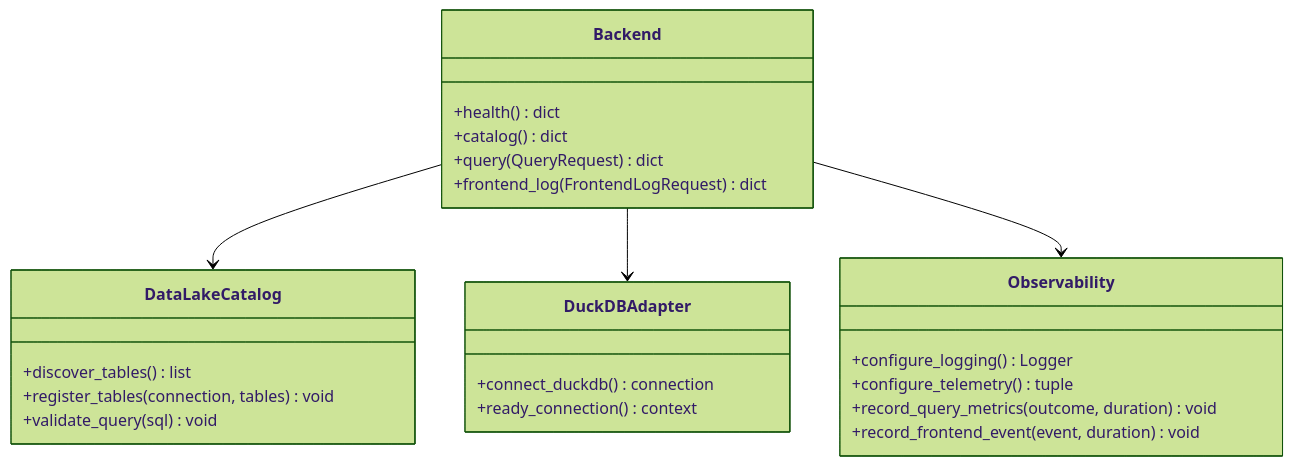
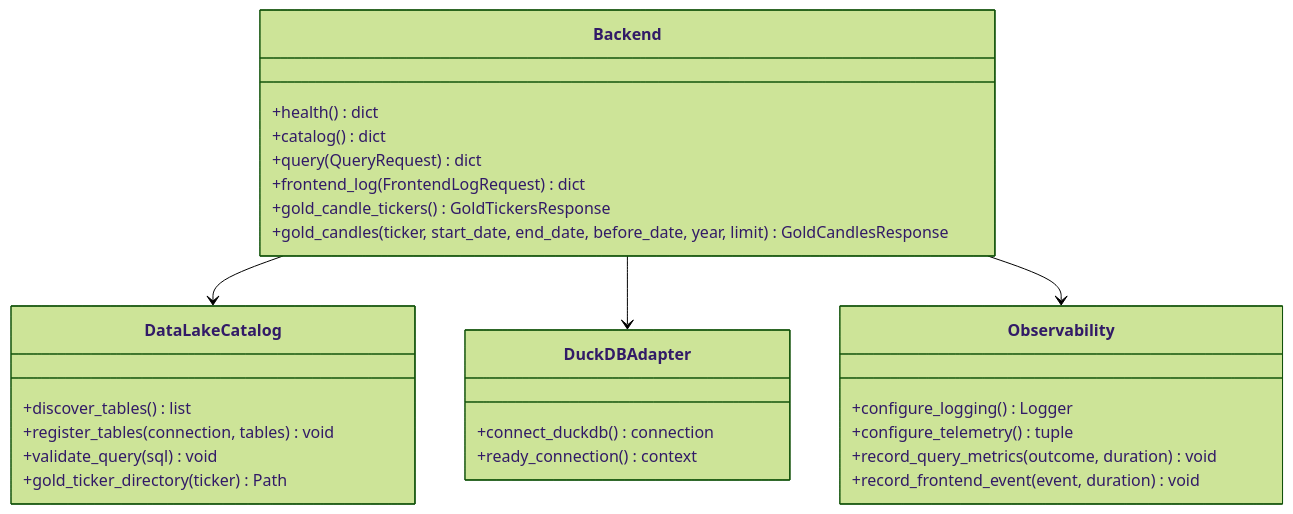
One commit to BiellBatista/Python.DataEngineering changed the second of 3 diagrams in B3-Web-App/docs/diagrama-classes.md. Above: the diagram before and after it, drawn with Mermaid (forest theme). The commit also changed other lines of this file and 25 other files, not shown here.

First line of the commit message:
feat: add Gold candles chart tab and rename app to Data Process

````diff
--- a/B3-Web-App/docs/diagrama-classes.md
+++ b/B3-Web-App/docs/diagrama-classes.md
@@ -38,27 +57,30 @@
 ```mermaid
 classDiagram
     class Backend {
         +health() dict
         +catalog() dict
         +query(QueryRequest) dict
         +frontend_log(FrontendLogRequest) dict
+        +gold_candle_tickers() GoldTickersResponse
+        +gold_candles(ticker, start_date, end_date, before_date, year, limit) GoldCandlesResponse
     }
     class DataLakeCatalog {
         +discover_tables() list
         +register_tables(connection, tables) void
         +validate_query(sql) void
+        +gold_ticker_directory(ticker) Path
     }
     class DuckDBAdapter {
         +connect_duckdb() connection
         +ready_connection() context
     }
     class Observability {
         +configure_logging() Logger
         +configure_telemetry() tuple
         +record_query_metrics(outcome, duration) void
         +record_frontend_event(event, duration) void
     }
     Backend --> DataLakeCatalog
     Backend --> DuckDBAdapter
     Backend --> Observability
 ```
````
